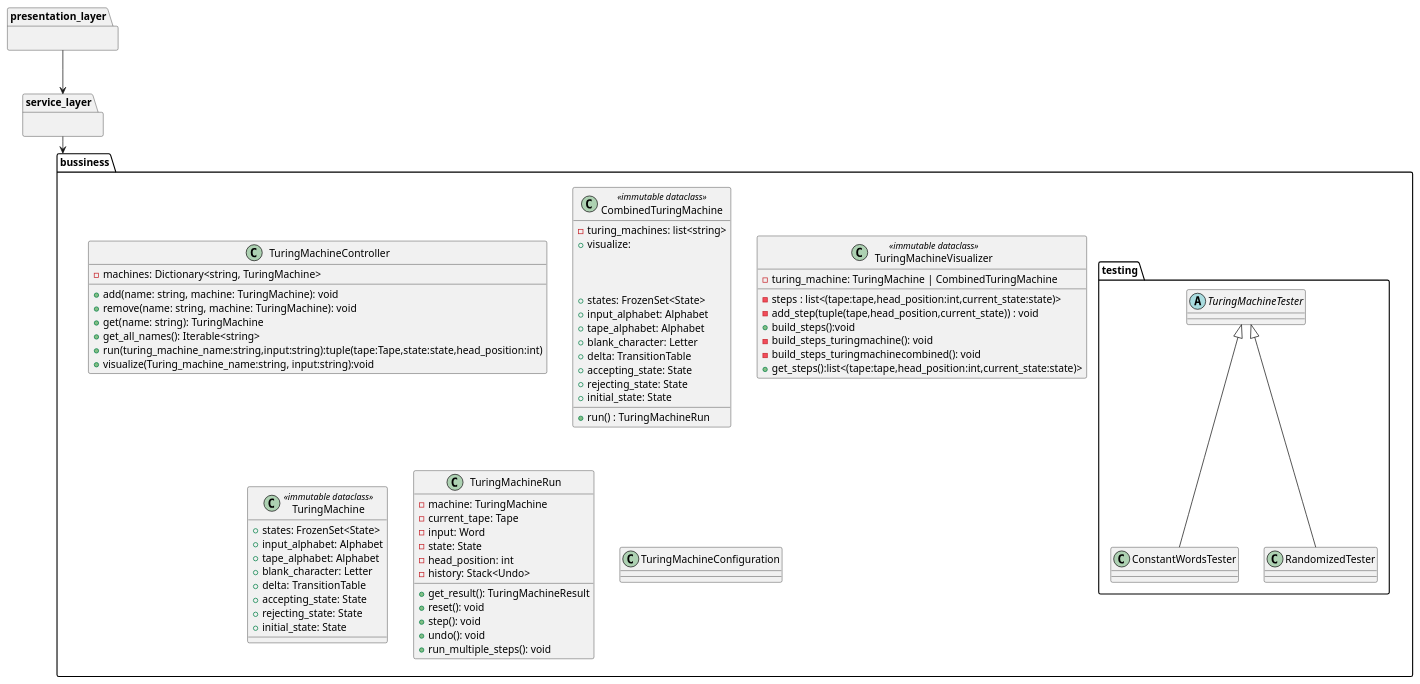
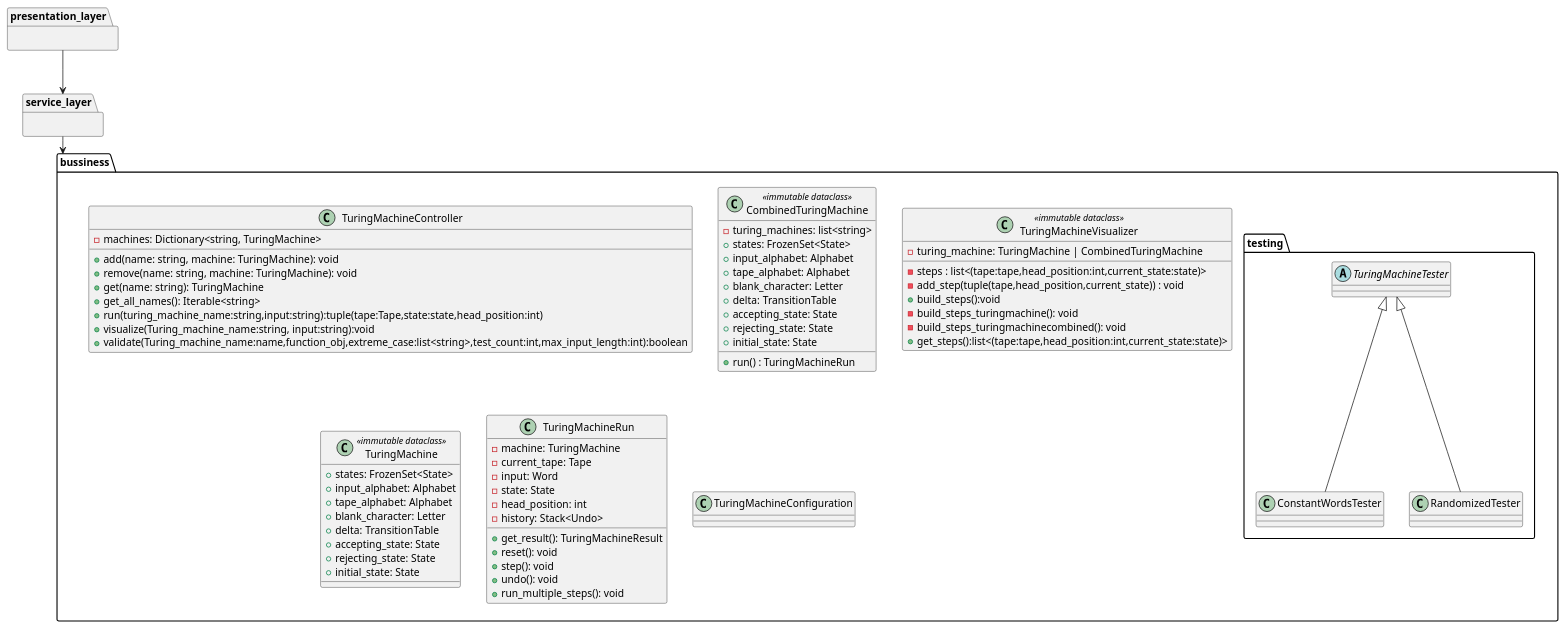
One commit to Turing-Machine-Tutor/Turing-Machine-Tutor changed the diagram in docs/uml/bussiness_layer.puml. Above: the diagram before and after it, drawn with PlantUML.

```diff
--- a/docs/uml/bussiness_layer.puml
+++ b/docs/uml/bussiness_layer.puml
@@ -1,107 +1,107 @@
 @startuml
 
 
 
 package bussiness {
     class TuringMachineController {
         - machines: Dictionary<string, TuringMachine>
 
         + add(name: string, machine: TuringMachine): void
         + remove(name: string, machine: TuringMachine): void
         + get(name: string): TuringMachine
         + get_all_names(): Iterable<string>
         + run(turing_machine_name:string,input:string):tuple(tape:Tape,state:state,head_position:int)
         +visualize(Turing_machine_name:string, input:string):void
+        +validate(Turing_machine_name:name,function_obj,extreme_case:list<string>,test_count:int,max_input_length:int):boolean
+
     }
+
+
  class CombinedTuringMachine <<immutable dataclass>> {
         -turing_machines: list<string>
         +run() : TuringMachineRun
-        +visualize:
-
-
-
         + states: FrozenSet<State>
         + input_alphabet: Alphabet
         + tape_alphabet: Alphabet
         + blank_character: Letter
         + delta: TransitionTable
         + accepting_state: State
         + rejecting_state: State
         + initial_state: State
 
     }
 
 
      class TuringMachineVisualizer <<immutable dataclass>> {
         -turing_machine: TuringMachine | CombinedTuringMachine
         -steps : list<(tape:tape,head_position:int,current_state:state)>
         -add_step(tuple(tape,head_position,current_state)) : void
         +build_steps():void
         -build_steps_turingmachine(): void
         -build_steps_turingmachinecombined(): void
         +get_steps():list<(tape:tape,head_position:int,current_state:state)>
     }
 
     class TuringMachine <<immutable dataclass>> {
         + states: FrozenSet<State>
         + input_alphabet: Alphabet
         + tape_alphabet: Alphabet
         + blank_character: Letter
         + delta: TransitionTable
         + accepting_state: State
         + rejecting_state: State
         + initial_state: State
 
     }
 
     class TuringMachineRun {
        - machine: TuringMachine
        - current_tape: Tape
        - input: Word
        - state: State
        - head_position: int
        - history: Stack<Undo>
 
        + get_result(): TuringMachineResult
        + reset(): void
        + step(): void
        + undo(): void
        + run_multiple_steps(): void
     }
 
     class TuringMachineConfiguration {
 
     }
 
 package testing {
     abstract class TuringMachineTester {
 
     }
 
     class ConstantWordsTester {
 
     }
 
     class RandomizedTester {
 
     }
 
     ConstantWordsTester -u-|> TuringMachineTester
     RandomizedTester -u-|> TuringMachineTester
 
     }
 }
 
 
 package service_layer {
 
 }
 
 package presentation_layer {
 
 }
 
 service_layer -d-> bussiness
 presentation_layer -d-> service_layer
 
 @enduml
```
